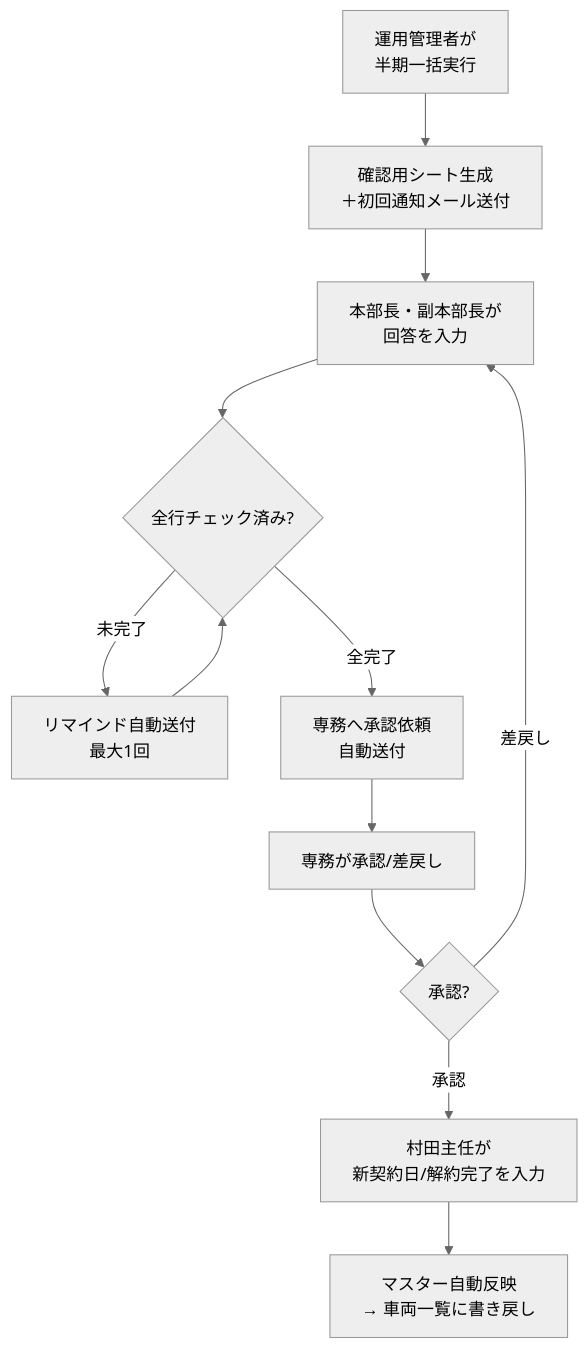
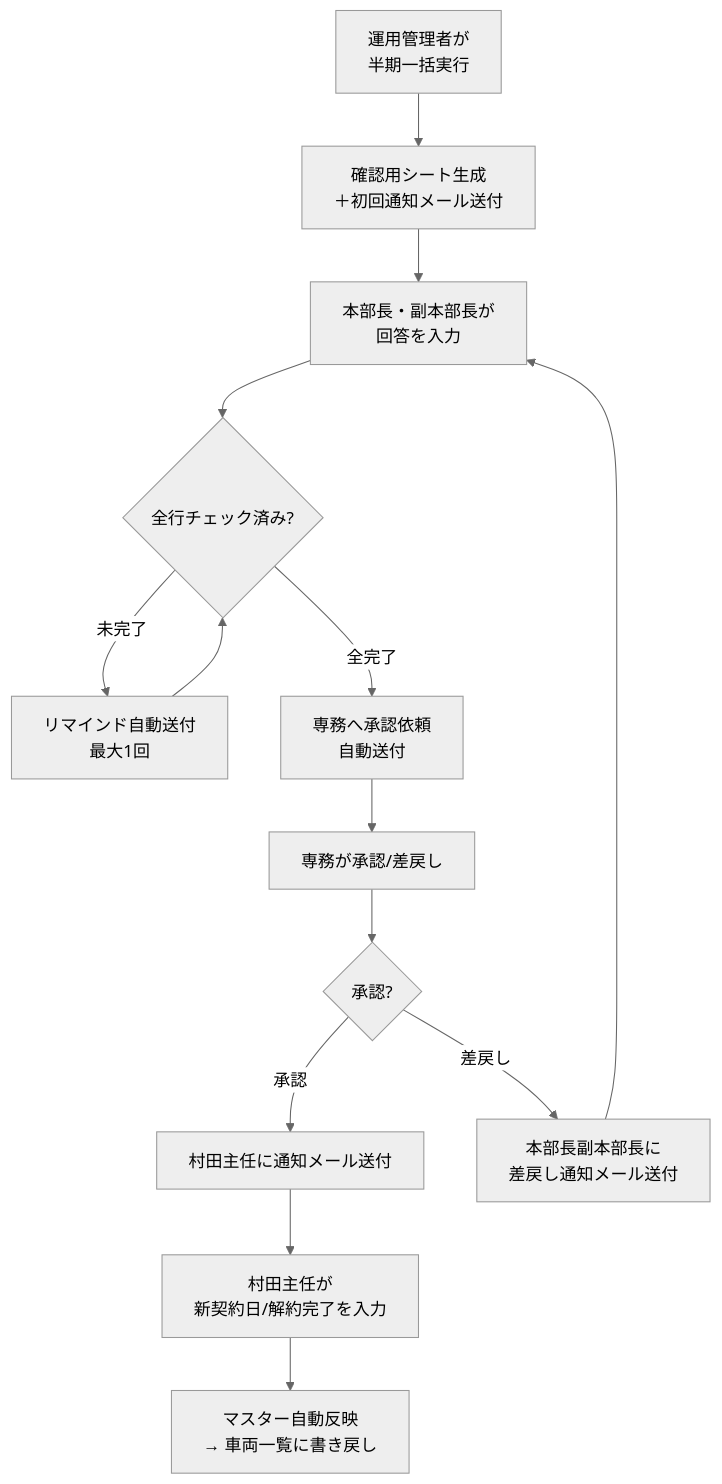
One commit to yushi-kato/kurahashi-agent changed the diagram in docs/operations/operation_manual_vehicle_lease_renewal.md. Above: the diagram before and after it, drawn with Mermaid (neutral theme). The commit also changed other lines of this file and 9 other files, not shown here.

````diff
--- a/docs/operations/operation_manual_vehicle_lease_renewal.md
+++ b/docs/operations/operation_manual_vehicle_lease_renewal.md
@@ -37,14 +37,16 @@
 ```mermaid
 flowchart TD
     A[運用管理者が<br>半期一括実行] --> B[確認用シート生成<br>＋初回通知メール送付]
     B --> C[本部長・副本部長が<br>回答を入力]
     C --> D{全行チェック済み?}
     D -->|未完了| E[リマインド自動送付<br>最大1回]
     D -->|全完了| F[専務へ承認依頼<br>自動送付]
     E --> D
     F --> G[専務が承認/差戻し]
     G --> H{承認?}
-    H -->|承認| I[村田主任が<br>新契約日/解約完了を入力]
-    H -->|差戻し| C
+    H -->|承認| I1[村田主任に通知メール送付]
+    I1 --> I[村田主任が<br>新契約日/解約完了を入力]
+    H -->|差戻し| H2[本部長副本部長に<br>差戻し通知メール送付]
+    H2 --> C
     I --> J[マスター自動反映<br>→ 車両一覧に書き戻し]
 ```
````
